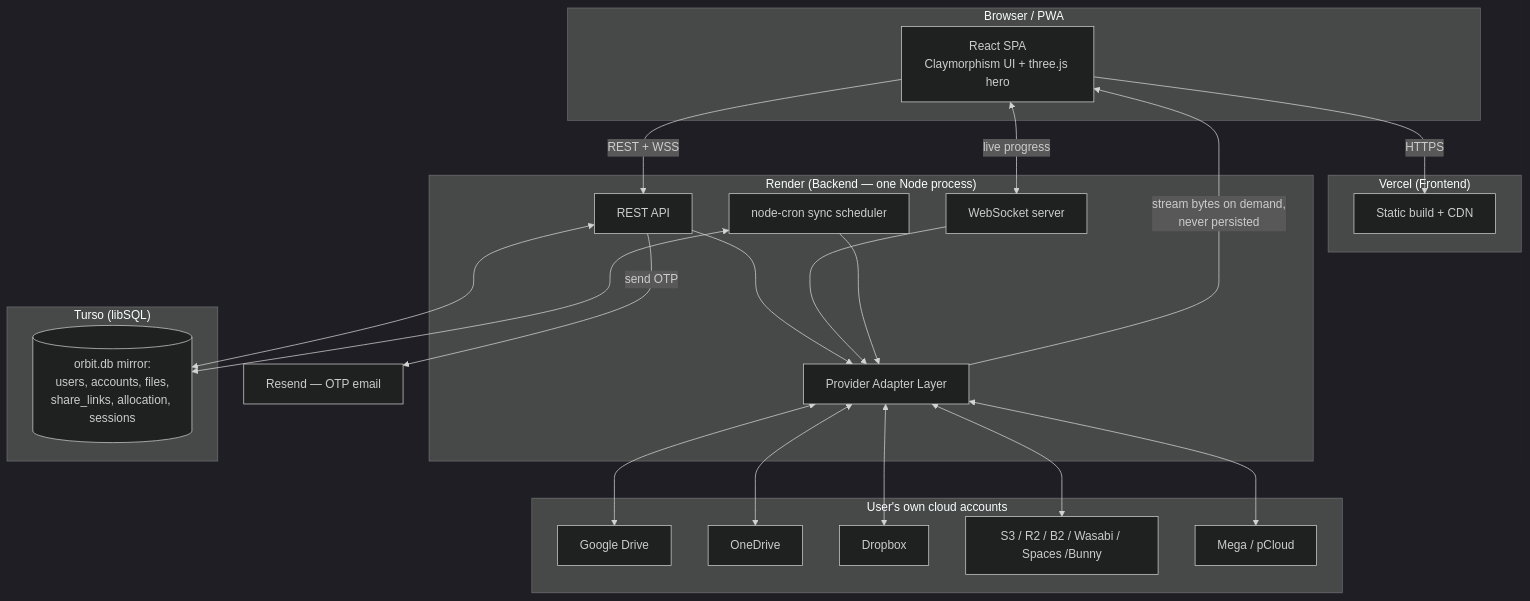
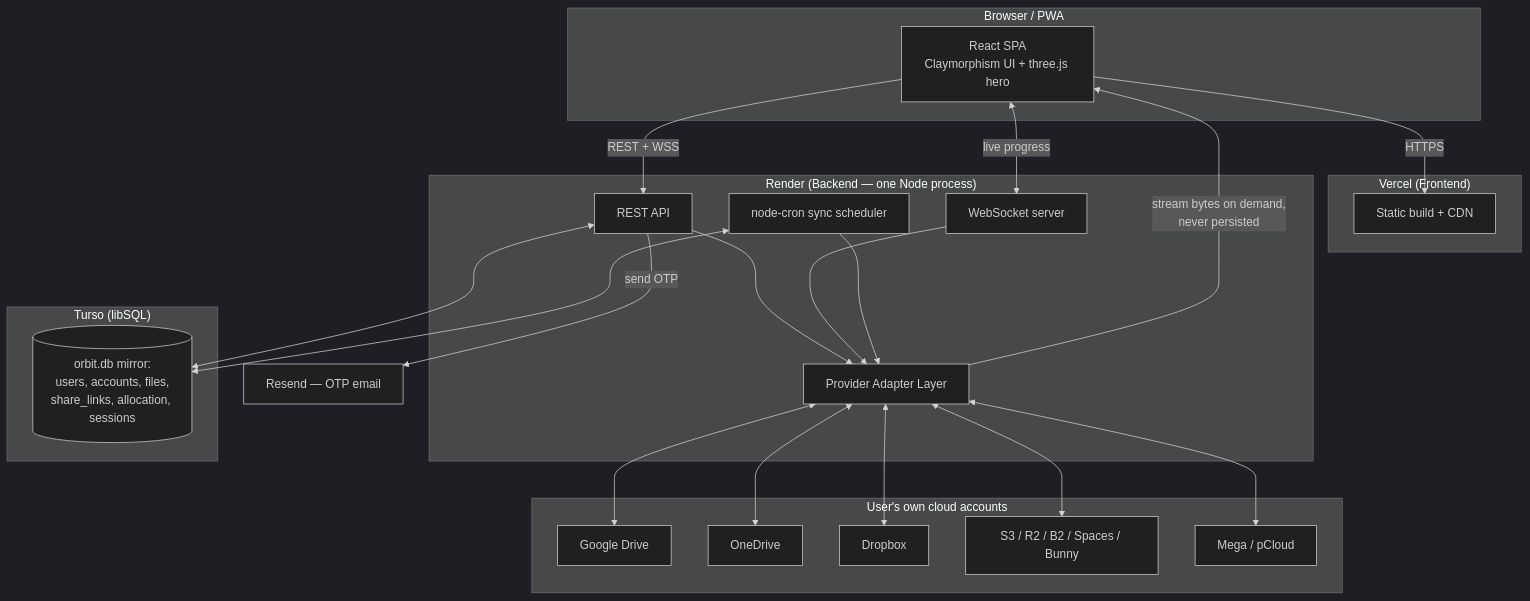
Before and after one commit to harshitsaini-dev/orbit: the first of 4 diagrams in docs/02-architecture.md, drawn with Mermaid (dark theme). The commit also changed other lines of this file, not shown here.

Commit message:
docs: drop Wasabi from the S3-compatible provider list

````diff
--- a/docs/02-architecture.md
+++ b/docs/02-architecture.md
@@ -41,43 +41,43 @@
 ```mermaid
 flowchart TB
     subgraph Client["Browser / PWA"]
         UI[React SPA<br/>Claymorphism UI + three.js hero]
     end
 
     subgraph Vercel["Vercel (Frontend)"]
         FE[Static build + CDN]
     end
 
     subgraph Render["Render (Backend — one Node process)"]
         API[REST API]
         WS[WebSocket server]
         CRON[node-cron sync scheduler]
         ADAPT[Provider Adapter Layer]
     end
 
     subgraph Turso["Turso (libSQL)"]
         DB[(orbit.db mirror:<br/>users, accounts, files,<br/>share_links, allocation, sessions)]
     end
 
     subgraph Providers["User's own cloud accounts"]
         GD[Google Drive]
         OD[OneDrive]
         DB2[Dropbox]
-        S3P[S3 / R2 / B2 / Wasabi / Spaces /Bunny]
+        S3P[S3 / R2 / B2 / Spaces / Bunny]
         MEGA[Mega / pCloud]
     end
 
     Resend[Resend — OTP email]
 
     UI -->|HTTPS| FE
     UI -->|REST + WSS| API
     UI <-->|live progress| WS
     API --> ADAPT
     WS --> ADAPT
     CRON --> ADAPT
     ADAPT <--> GD & OD & DB2 & S3P & MEGA
     API <--> DB
     CRON <--> DB
     API -->|send OTP| Resend
     ADAPT -->|stream bytes on demand,<br/>never persisted| UI
 ```
````
